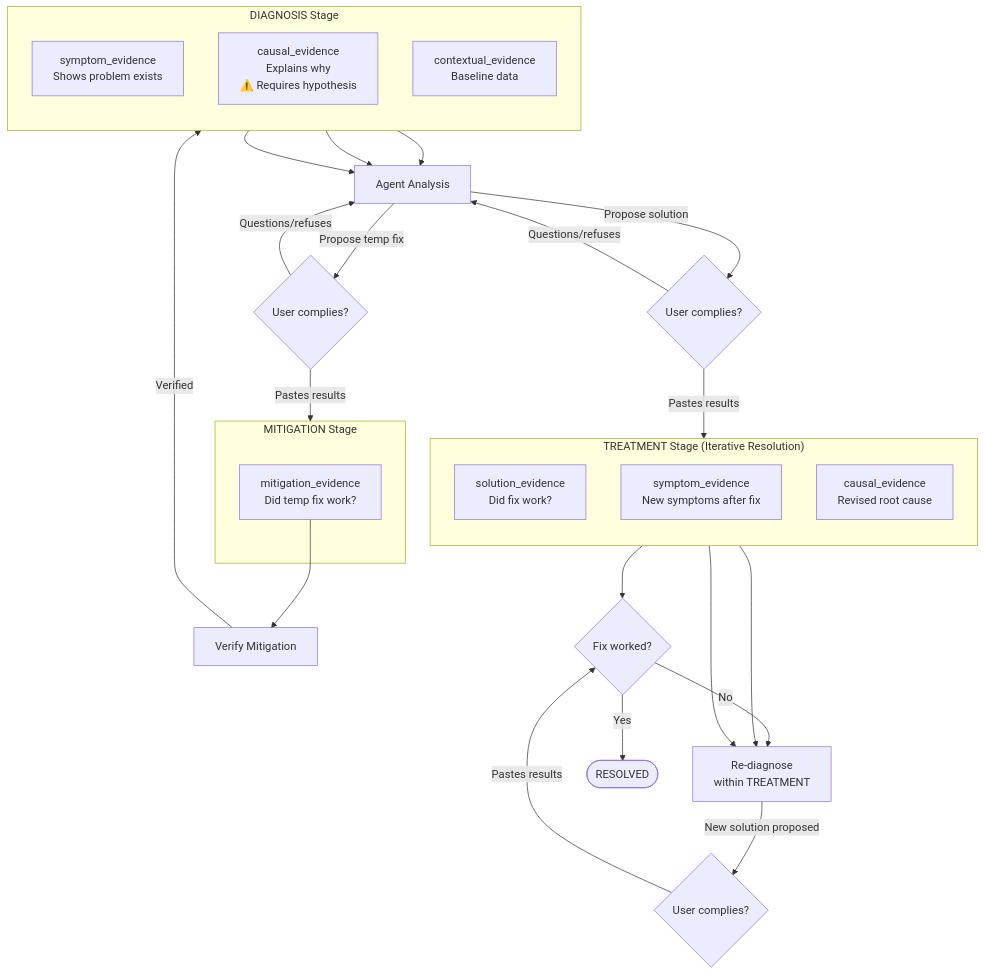
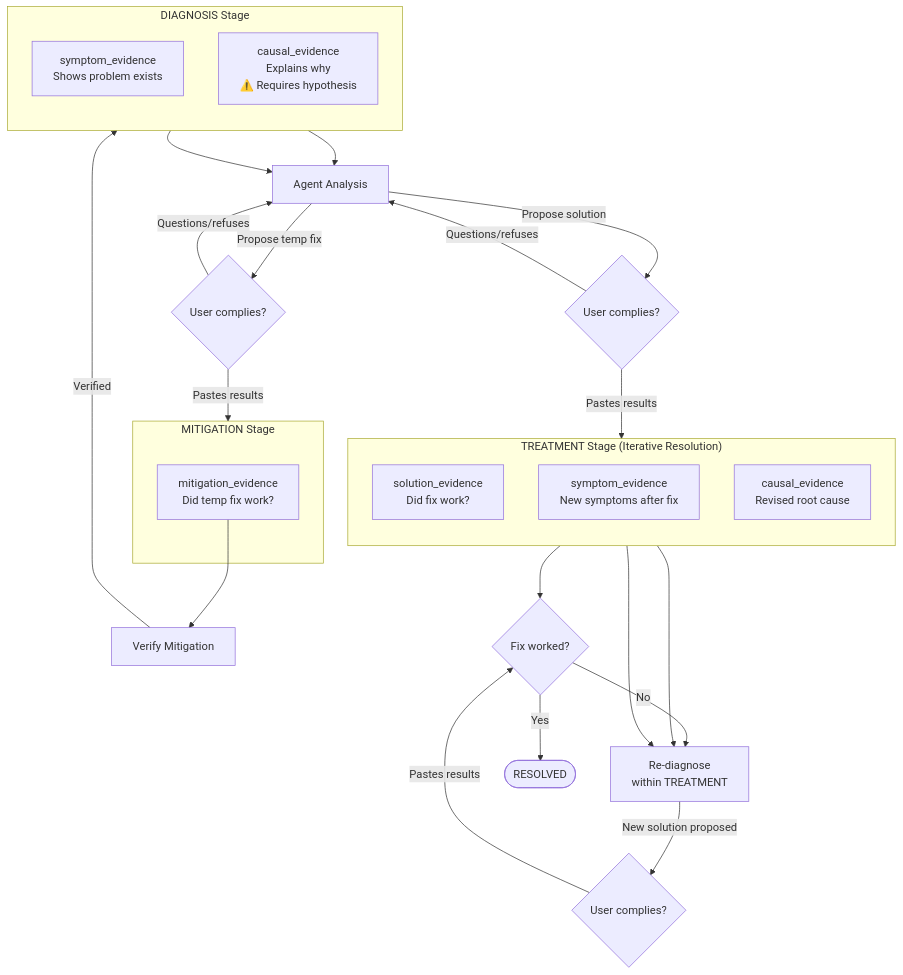
Before and after one commit to FaultMaven/faultmaven: the second of 2 diagrams in docs/architecture/investigation-engine/evidence-driven-investigation-framework.md, drawn with Mermaid. The commit also changed other lines of this file and 75 other files, not shown here.

````diff
--- a/docs/architecture/investigation-engine/evidence-driven-investigation-framework.md
+++ b/docs/architecture/investigation-engine/evidence-driven-investigation-framework.md
@@ -991,42 +1128,40 @@
 ```mermaid
 flowchart TD
     subgraph DIAGNOSIS_STAGE ["DIAGNOSIS Stage"]
         direction TB
         SE[symptom_evidence<br/>Shows problem exists]
         CE[causal_evidence<br/>Explains why<br/>⚠️ Requires hypothesis]
-        XE[contextual_evidence<br/>Baseline data]
     end
 
     subgraph MITIGATION_STAGE ["MITIGATION Stage"]
         ME[mitigation_evidence<br/>Did temp fix work?]
     end
 
     subgraph TREATMENT_STAGE ["TREATMENT Stage (Iterative Resolution)"]
         direction TB
         RE[solution_evidence<br/>Did fix work?]
         SE2[symptom_evidence<br/>New symptoms after fix]
         CE2[causal_evidence<br/>Revised root cause]
     end
 
     SE --> ANALYSIS[Agent Analysis]
     CE --> ANALYSIS
-    XE --> ANALYSIS
     ME --> VERIFY_MIT[Verify Mitigation]
     RE --> VERIFY_OR_REDIAG{Fix worked?}
     SE2 --> REDIAG[Re-diagnose<br/>within TREATMENT]
     CE2 --> REDIAG
 
     ANALYSIS -->|Propose temp fix| USER_MIT{User complies?}
     ANALYSIS -->|Propose solution| USER_SOL{User complies?}
 
     USER_MIT -->|Pastes results| MITIGATION_STAGE
     USER_MIT -->|Questions/refuses| ANALYSIS
     USER_SOL -->|Pastes results| TREATMENT_STAGE
     USER_SOL -->|Questions/refuses| ANALYSIS
 
     VERIFY_MIT -->|Verified| DIAGNOSIS_STAGE
     VERIFY_OR_REDIAG -->|Yes| RESOLVED([RESOLVED])
     VERIFY_OR_REDIAG -->|No| REDIAG
     REDIAG -->|New solution proposed| USER_SOL2{User complies?}
     USER_SOL2 -->|Pastes results| VERIFY_OR_REDIAG
 ```
````
